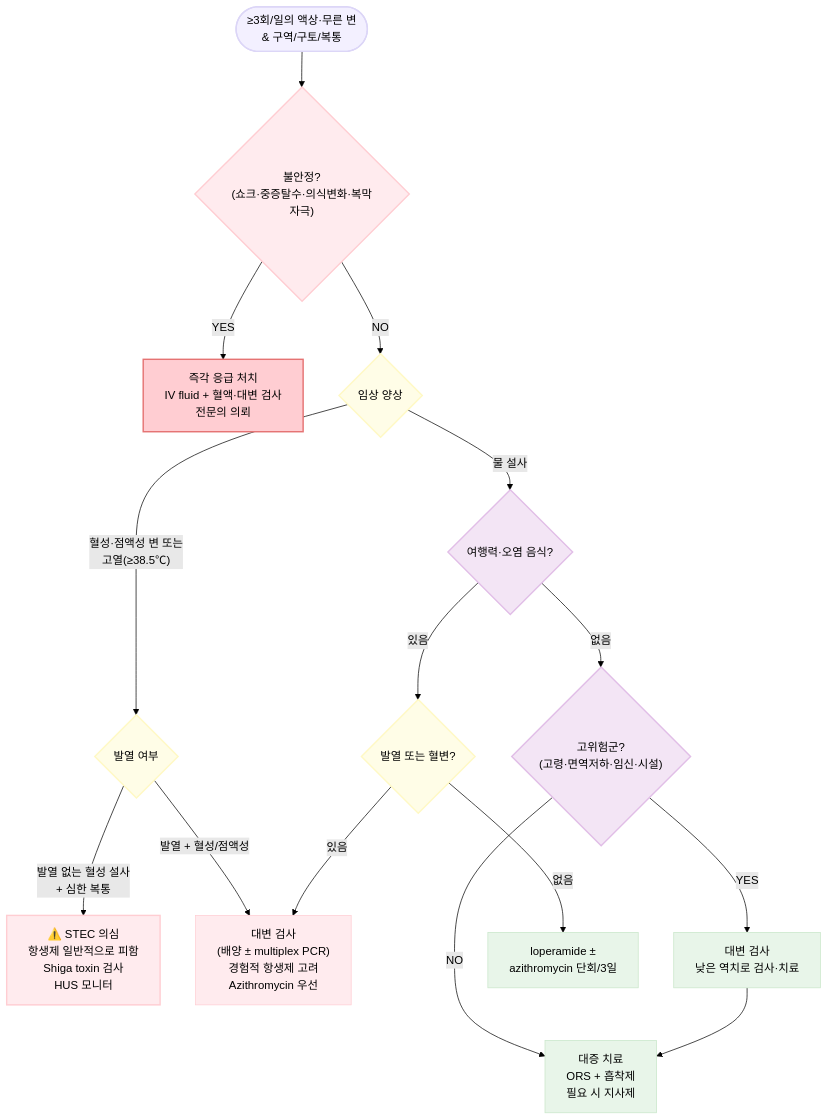
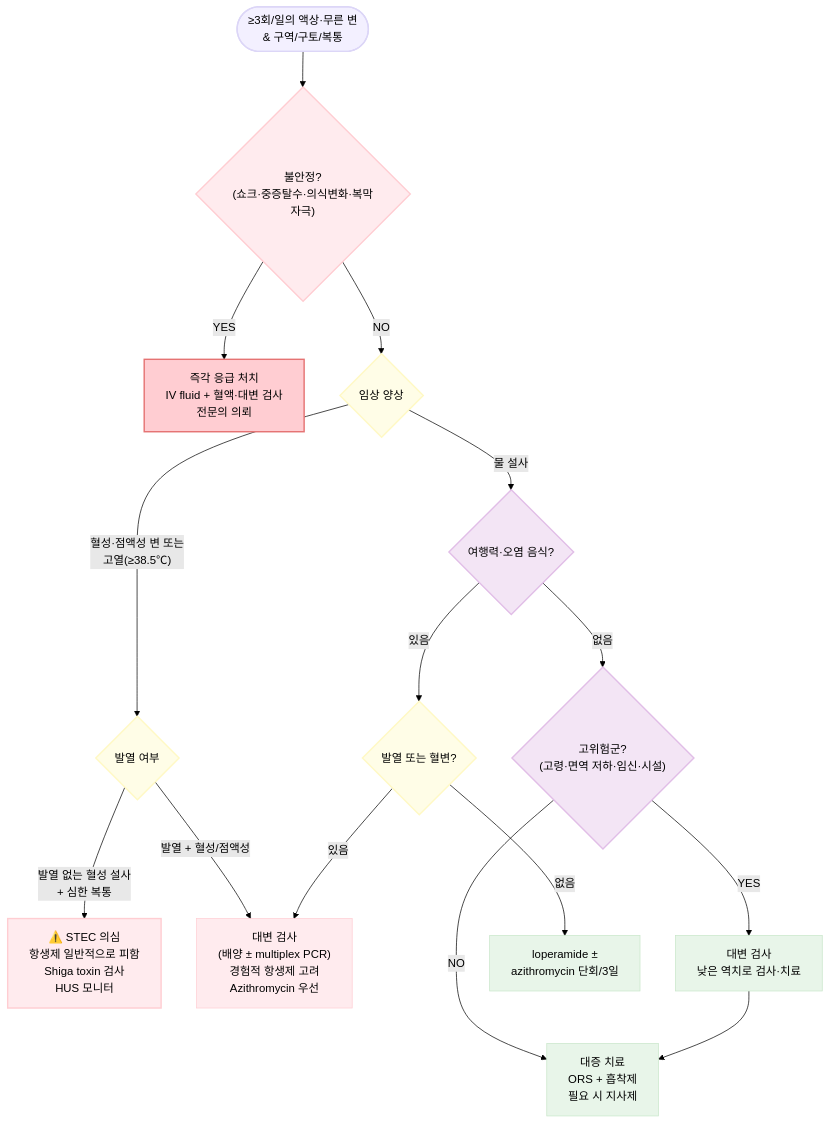
The diagram in 224_/085_-acute-infectious-diarrhea.md (familyoh77/familyoh77), drawn with Mermaid (forest theme) before and after one commit. The commit also changed other lines of this file and 6 other files, not shown here.

````diff
--- a/224_/085_-acute-infectious-diarrhea.md
+++ b/224_/085_-acute-infectious-diarrhea.md
@@ -228,39 +228,39 @@
 ```mermaid
 graph TD
     Start(["≥3회/일의 액상·무른 변\n& 구역/구토/복통"])
 
     Start --> Unstable{"불안정?\n(쇼크·중증탈수·의식변화·복막자극)"}
     Unstable -- "YES" --> ER["즉각 응급 처치\nIV fluid + 혈액·대변 검사\n전문의 의뢰"]
 
     Unstable -- "NO" --> Symptom{"임상 양상"}
 
     Symptom -- "혈성·점액성 변 또는\n고열(≥38.5℃)" --> BloodFever{"발열 여부"}
     BloodFever -- "발열 없는 혈성 설사\n+ 심한 복통" --> STEC["⚠️ STEC 의심\n항생제 일반적으로 피함\nShiga toxin 검사\nHUS 모니터"]
     BloodFever -- "발열 + 혈성/점액성" --> EmpiricAtb["대변 검사\n(배양 ± multiplex PCR)\n경험적 항생제 고려\nAzithromycin 우선"]
 
     Symptom -- "물 설사" --> Travel{"여행력·오염 음식?"}
 
-    Travel -- "없음" --> Host{"고위험군?\n(고령·면역저하·임신·시설)"}
+    Travel -- "없음" --> Host{"고위험군?\n(고령·면역 저하·임신·시설)"}
     Host -- "YES" --> StoolExam["대변 검사\n낮은 역치로 검사·치료"]
     Host -- "NO" --> Watery["대증 치료\nORS + 흡착제\n필요 시 지사제"]
 
     Travel -- "있음" --> TravelFever{"발열 또는 혈변?"}
     TravelFever -- "없음" --> TravelMild["loperamide ±\nazithromycin 단회/3일"]
     TravelFever -- "있음" --> EmpiricAtb
 
     StoolExam --> Watery
 
     style Start fill:#f3f0ff,stroke:#dcd6f7,stroke-width:2px
     style Unstable fill:#ffebee,stroke:#ffcdd2,stroke-width:2px
     style ER fill:#ffcdd2,stroke:#e57373,stroke-width:2px
     style BloodFever fill:#fffde7,stroke:#fff9c4,stroke-width:2px
     style Symptom fill:#fffde7,stroke:#fff9c4,stroke-width:2px
     style Travel fill:#f3e5f5,stroke:#e1bee7,stroke-width:2px
     style Host fill:#f3e5f5,stroke:#e1bee7,stroke-width:2px
     style TravelFever fill:#fffde7,stroke:#fff9c4,stroke-width:2px
     style STEC fill:#ffebee,stroke:#ffcdd2,stroke-width:2px
     style EmpiricAtb fill:#ffebee,stroke:#ffcdd2,stroke-width:1px
     style StoolExam fill:#e8f5e9,stroke:#c8e6c9,stroke-width:1px
     style Watery fill:#e8f5e9,stroke:#c8e6c9,stroke-width:1px
     style TravelMild fill:#e8f5e9,stroke:#c8e6c9,stroke-width:1px
 ```
````
